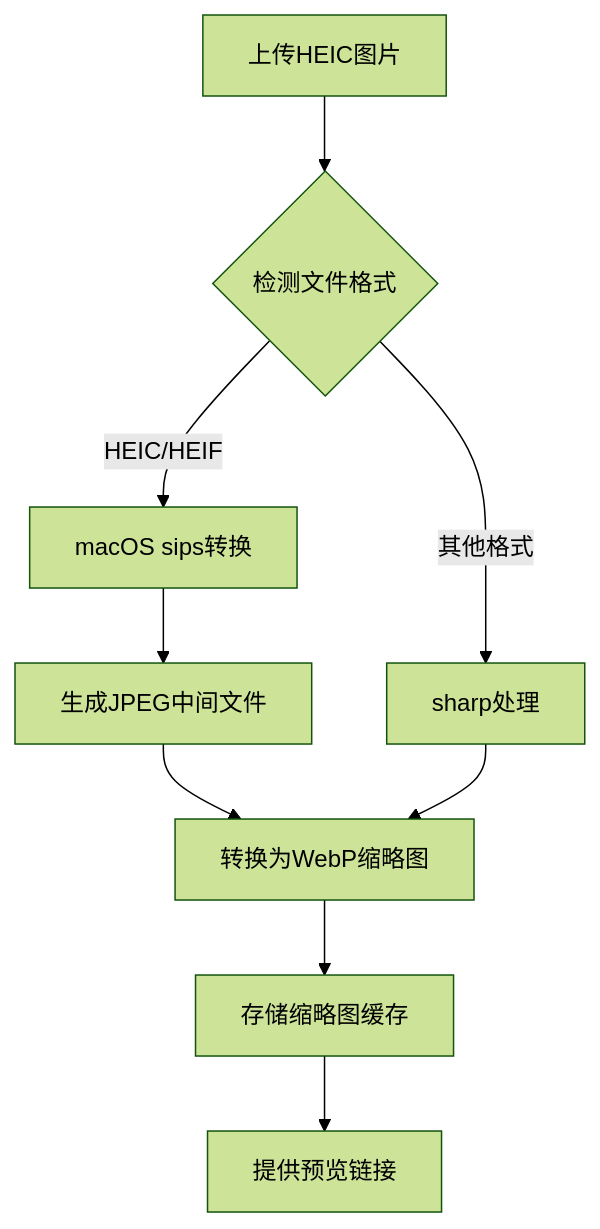
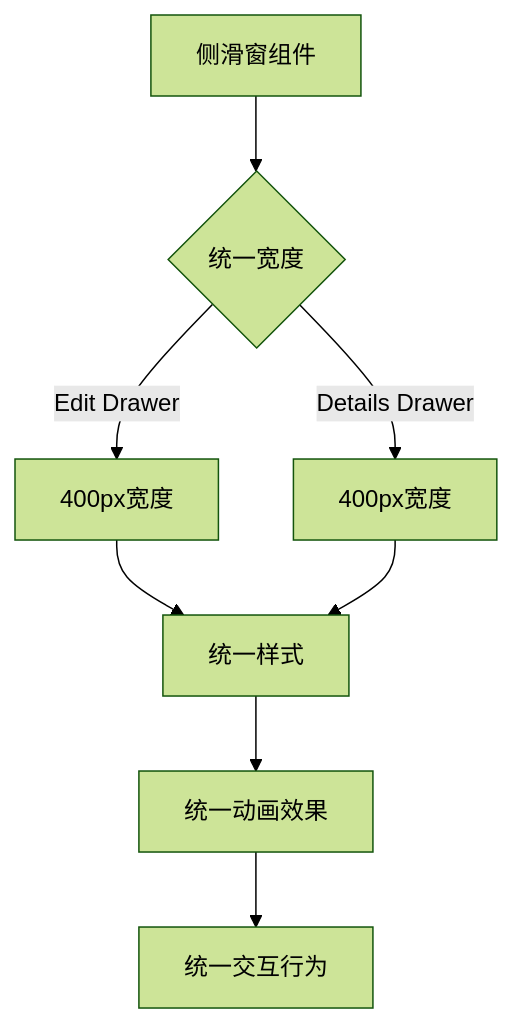
Before and after one commit to CubeEdge/Longhorn: diagram 19 of 30 in .qoder/repowiki/zh/content/前端组件架构/服务工作流增强/服务工作流增强.md, drawn with Mermaid (forest theme). The commit also changed other lines of this file and 31 other files, not shown here.

````diff
--- a/.qoder/repowiki/zh/content/前端组件架构/服务工作流增强/服务工作流增强.md
+++ b/.qoder/repowiki/zh/content/前端组件架构/服务工作流增强/服务工作流增强.md
@@ -875,11 +891,10 @@
 ```mermaid
 flowchart TD
-A[上传HEIC图片] --> B{检测文件格式}
-B --> |HEIC/HEIF| C[macOS sips转换]
-B --> |其他格式| D[sharp处理]
-C --> E[生成JPEG中间文件]
-E --> F[转换为WebP缩略图]
-D --> F
-F --> G[存储缩略图缓存]
-G --> H[提供预览链接]
+A[侧滑窗组件] --> B{统一宽度}
+B --> |Edit Drawer| C[400px宽度]
+B --> |Details Drawer| D[400px宽度]
+C --> E[统一样式]
+D --> E
+E --> F[统一动画效果]
+F --> G[统一交互行为]
 ```
````
